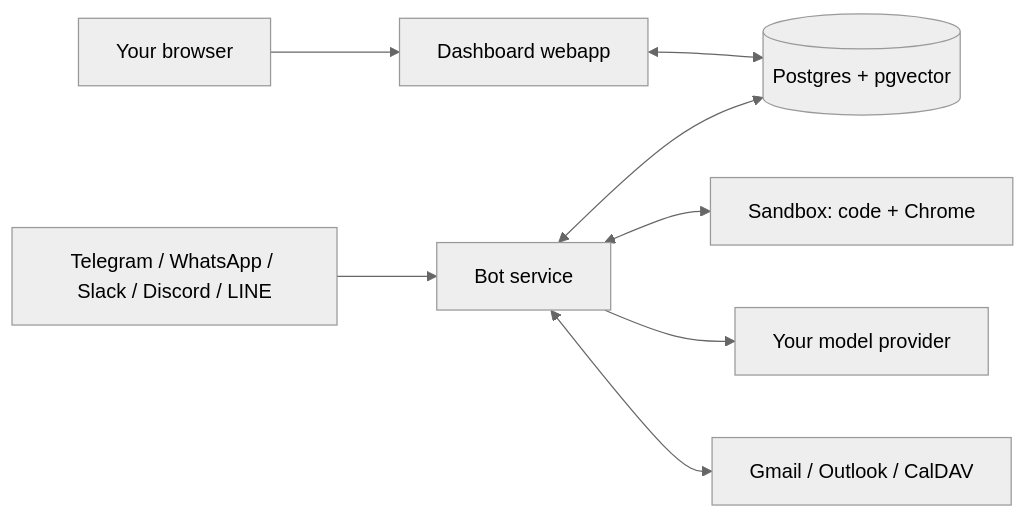
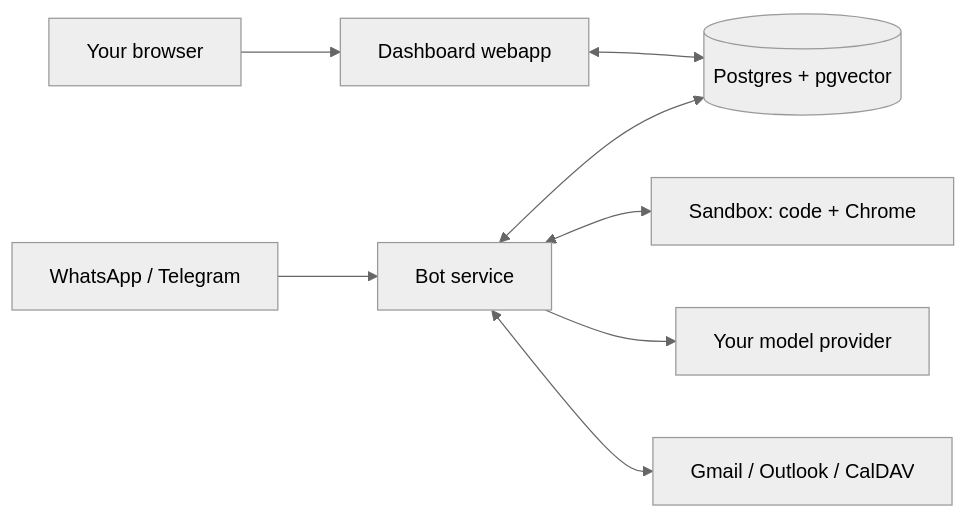
The diagram in README.md (notnotjim/ClosedHand), drawn with Mermaid (neutral theme) before and after one commit. The commit also changed other lines of this file and 5 other files, not shown here.

First line of the commit message:
Discord, Slack and LINE coming soon; quiet card for new mail

````diff
--- a/README.md
+++ b/README.md
@@ -83,10 +83,10 @@
 ```mermaid
 graph LR
-  TG[Telegram / WhatsApp / Slack / Discord / LINE] --> Bot
+  TG[WhatsApp / Telegram] --> Bot
   Browser[Your browser] --> Webapp[Dashboard webapp]
   Bot[Bot service] <--> DB[(Postgres + pgvector)]
   Webapp <--> DB
   Bot <--> Sandbox[Sandbox: code + Chrome]
   Bot --> Providers[Your model provider]
   Bot <--> Mail[Gmail / Outlook / CalDAV]
 ```
````
